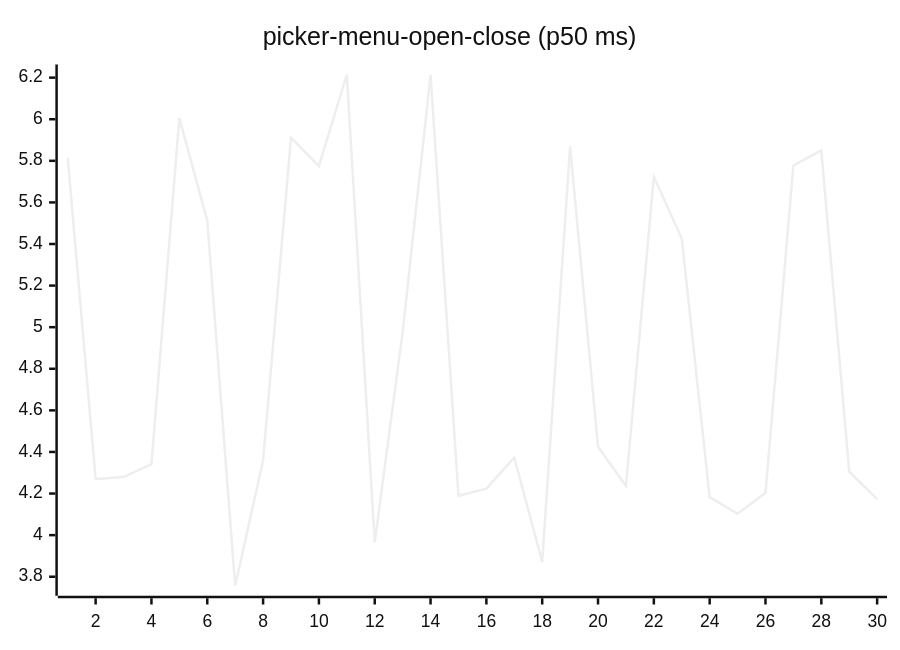
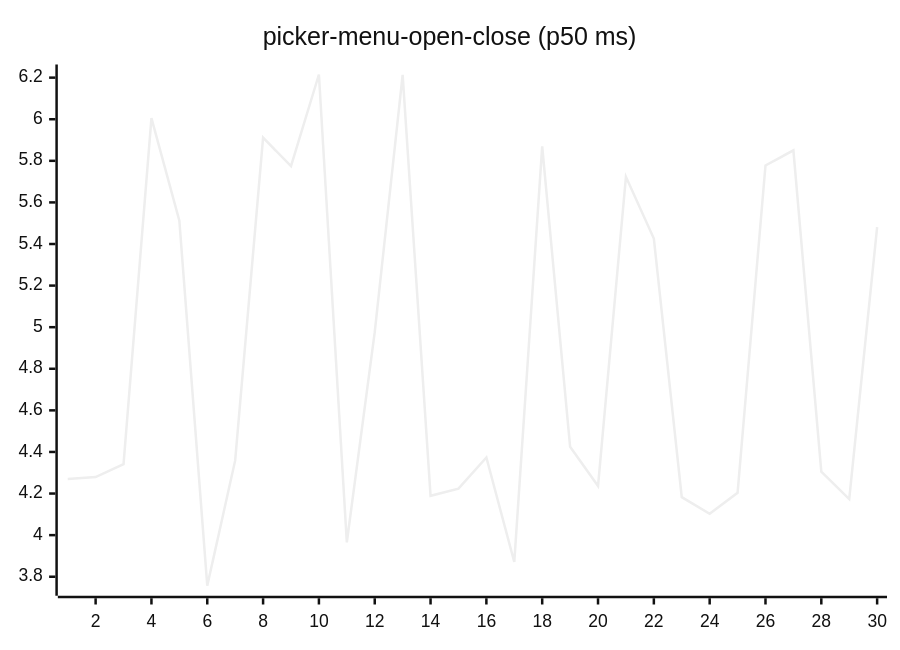
One commit to josha/Facet changed diagram 16 of 27 in README.md. Above: the diagram before and after it, drawn with Mermaid (neutral theme). The commit also changed other lines of this file and 2 other files, not shown here.

````diff
--- a/README.md
+++ b/README.md
@@ -168,6 +168,6 @@
 ```mermaid
 xychart-beta
     title "picker-menu-open-close (p50 ms)"
     x-axis 1 --> 30
-    line [5.8139, 4.2694, 4.2792, 4.3416, 6.0052, 5.5122, 3.7566, 4.3593, 5.9114, 5.7740, 6.2151, 3.9652, 4.9760, 6.2132, 4.1891, 4.2236, 4.3733, 3.8708, 5.8694, 4.4248, 4.2362, 5.7230, 5.4264, 4.1828, 4.1028, 4.2034, 5.7775, 5.8503, 4.3049, 4.1731]
+    line [4.2694, 4.2792, 4.3416, 6.0052, 5.5122, 3.7566, 4.3593, 5.9114, 5.7740, 6.2151, 3.9652, 4.9760, 6.2132, 4.1891, 4.2236, 4.3733, 3.8708, 5.8694, 4.4248, 4.2362, 5.7230, 5.4264, 4.1828, 4.1028, 4.2034, 5.7775, 5.8503, 4.3049, 4.1731, 5.4814]
 ```
````
